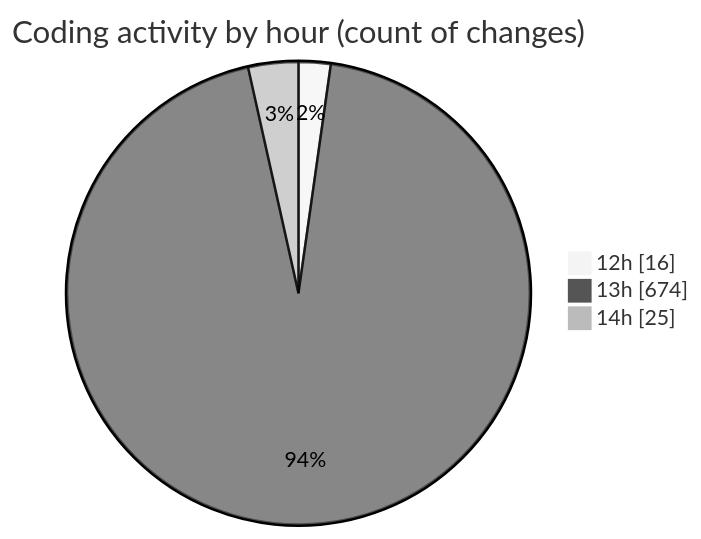
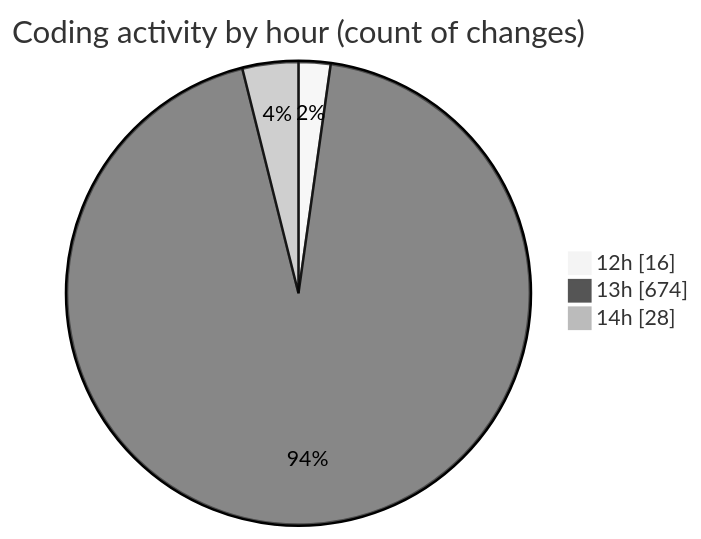
The second of 2 diagrams in 2025-09-16/www/README.md (vahidmafi/code-tracking), drawn with Mermaid (neutral theme) before and after one commit. The commit also changed other lines of this file and 1 other file, not shown here.

````diff
--- a/2025-09-16/www/README.md
+++ b/2025-09-16/www/README.md
@@ -330,7 +330,7 @@
 ```mermaid
 pie showData
 title Coding activity by hour (count of changes)
 "12h" : 16
 "13h" : 674
-"14h" : 25
+"14h" : 28
 ```
````
